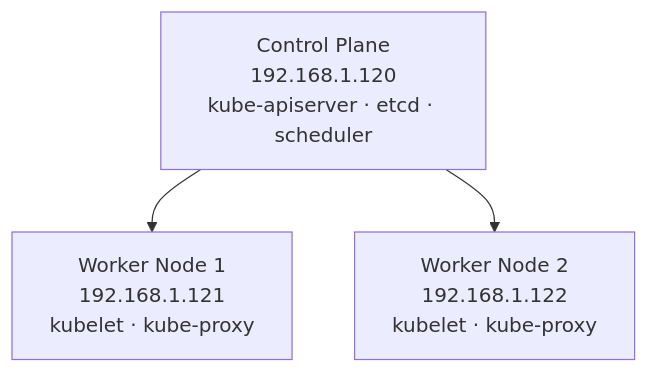
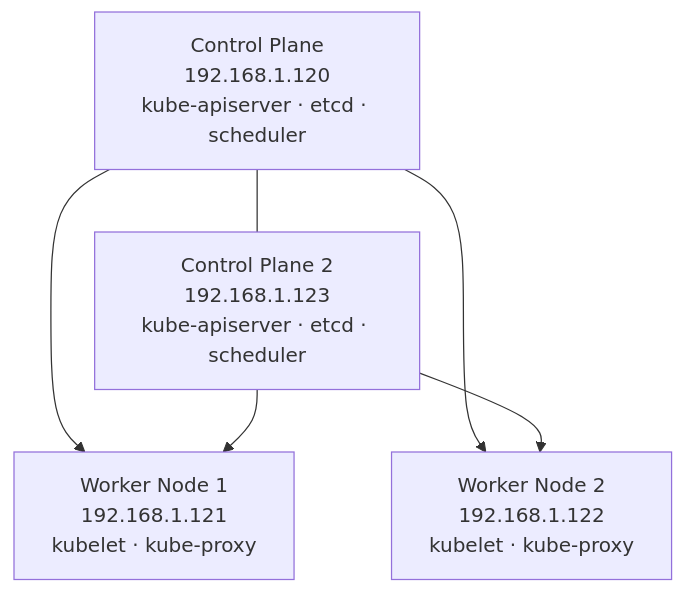
The first of 3 diagrams in kubernetes.md (Ramphy0x90/r16a-infra), drawn with Mermaid before and after one commit. The commit also changed other lines of this file and 2 other files, not shown here.

Commit message:
update: new physical server UP and additional control plane for k8s cluster

````diff
--- a/kubernetes.md
+++ b/kubernetes.md
@@ -24,9 +24,13 @@
 ```mermaid
 graph TD
     CP[Control Plane<br>192.168.1.120<br>kube-apiserver · etcd · scheduler]
+    CP2[Control Plane 2<br>192.168.1.123<br>kube-apiserver · etcd · scheduler]
     W1[Worker Node 1<br>192.168.1.121<br>kubelet · kube-proxy]
     W2[Worker Node 2<br>192.168.1.122<br>kubelet · kube-proxy]
 
+    CP --- CP2
     CP --> W1
     CP --> W2
+    CP2 --> W1
+    CP2 --> W2
 ```
````
